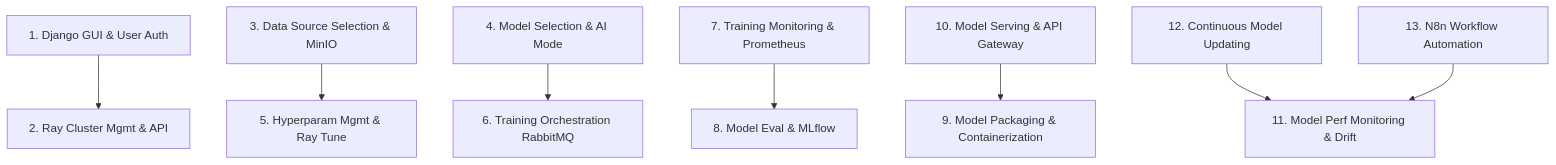
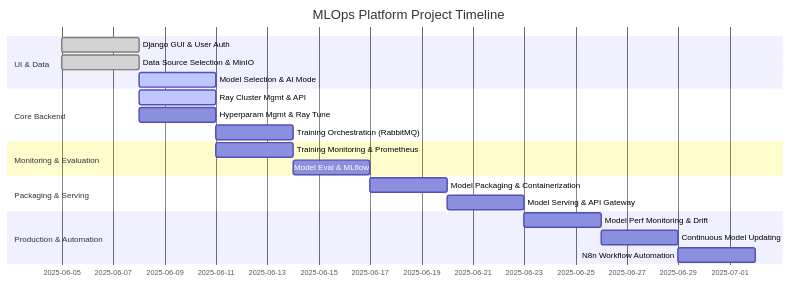
Before and after one commit to username-not-important/cloud-computing-2025: the second of 2 diagrams in project/readme.md, drawn with Mermaid. The commit also changed other lines of this file, not shown here.

````diff
--- a/project/readme.md
+++ b/project/readme.md
@@ -209,10 +75,28 @@
 ```mermaid
-flowchart TD
-    L1[1. Django GUI & User Auth] --> H1[2. Ray Cluster Mgmt & API]
-    L2[3. Data Source Selection & MinIO] --> H2[5. Hyperparam Mgmt & Ray Tune]
-    L3[4. Model Selection & AI Mode] --> H3[6. Training Orchestration RabbitMQ]
-    L4[7. Training Monitoring & Prometheus] --> H4[8. Model Eval & MLflow]
-    L5[10. Model Serving & API Gateway] --> H5[9. Model Packaging & Containerization]
-    L6[12. Continuous Model Updating] --> H6[11. Model Perf Monitoring & Drift]
-    L7[13. N8n Workflow Automation] --> H6
+gantt
+    title MLOps Platform Project Timeline
+    dateFormat  YYYY-MM-DD
+
+    section UI & Data
+    Django GUI & User Auth            :done,   t1, 2025-06-05, 3d
+    Data Source Selection & MinIO     :done,   t3, 2025-06-05, 3d
+    Model Selection & AI Mode         :active, t4, 2025-06-08, 3d
+
+    section Core Backend
+    Ray Cluster Mgmt & API            :active, t2, 2025-06-08, 3d
+    Hyperparam Mgmt & Ray Tune        :        t5, after t3, 3d
+    Training Orchestration (RabbitMQ) :        t6, after t4, 3d
+
+    section Monitoring & Evaluation
+    Training Monitoring & Prometheus  :        t7, after t4, 3d
+    Model Eval & MLflow               :        t8, after t7, 3d
+
+    section Packaging & Serving
+    Model Packaging & Containerization:        t9, after t8, 3d
+    Model Serving & API Gateway       :        t10, after t9, 3d
+
+    section Production & Automation
+    Model Perf Monitoring & Drift     :        t11, after t10, 3d
+    Continuous Model Updating         :        t12, after t11, 3d
+    N8n Workflow Automation           :        t13, after t12, 3d
 ```
````
